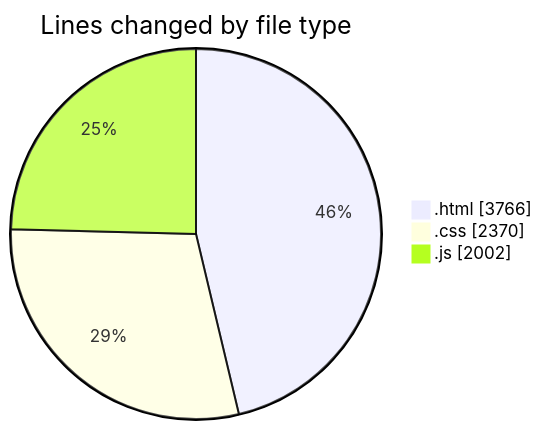
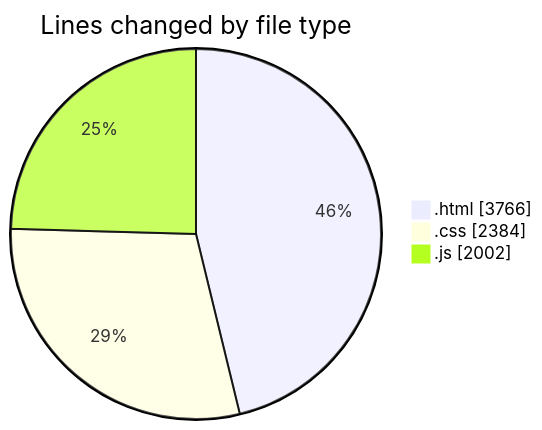
Before and after one commit to Ritupan-Deka/code-tracking: the first of 2 diagrams in 2025-05-24/projects/README.md, drawn with Mermaid. The commit also changed other lines of this file and 1 other file, not shown here.

````diff
--- a/2025-05-24/projects/README.md
+++ b/2025-05-24/projects/README.md
@@ -25,7 +25,7 @@
 ```mermaid
 pie showData
 title Lines changed by file type
 ".html" : 3766
-".css" : 2370
+".css" : 2384
 ".js" : 2002
 ```
````
